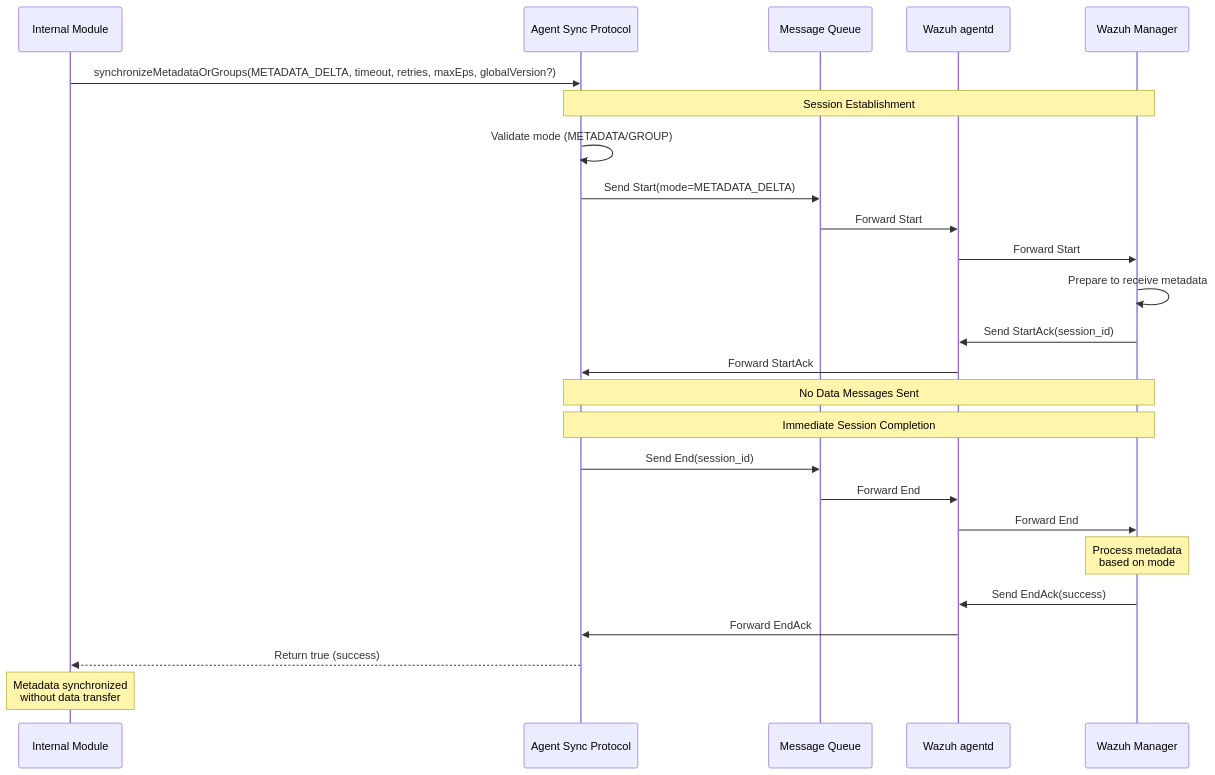
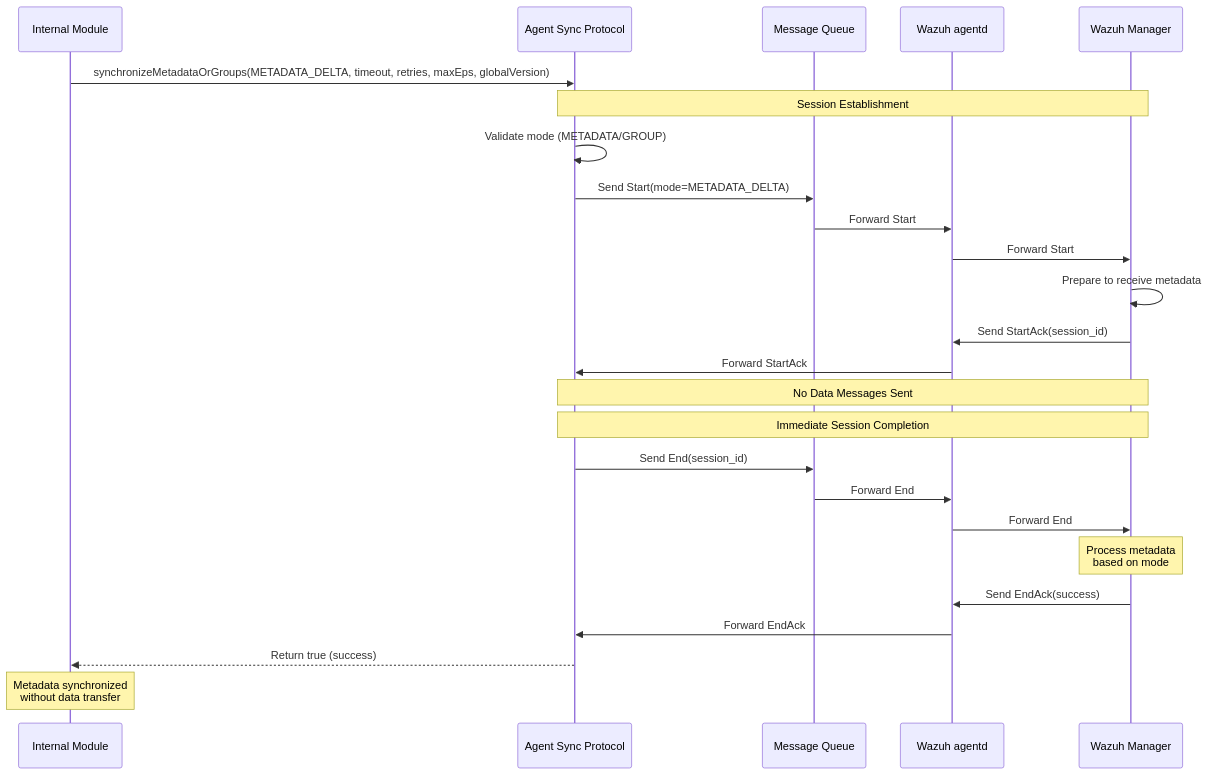
Before and after one commit to wazuh/wazuh: the tenth of 11 diagrams in docs/ref/modules/utils/sync-protocol/sequence-diagrams.md, drawn with Mermaid. The commit also changed 7 other files, not shown here.

Commit message:
feat(agentInfo): use the already defined module names, and also define constants for delay and retries

````diff
--- a/docs/ref/modules/utils/sync-protocol/sequence-diagrams.md
+++ b/docs/ref/modules/utils/sync-protocol/sequence-diagrams.md
@@ -382,35 +382,35 @@
 ```mermaid
 sequenceDiagram
     participant Module as Internal Module
     participant ASP as Agent Sync Protocol
     participant MQ as Message Queue
     participant AD as Wazuh agentd
     participant Manager as Wazuh Manager
 
-    Module->>ASP: synchronizeMetadataOrGroups(METADATA_DELTA, timeout, retries, maxEps, globalVersion?)
+    Module->>ASP: synchronizeMetadataOrGroups(METADATA_DELTA, timeout, retries, maxEps, globalVersion)
 
     Note over ASP,Manager: Session Establishment
     ASP->>ASP: Validate mode (METADATA/GROUP)
     ASP->>MQ: Send Start(mode=METADATA_DELTA)
     MQ->>AD: Forward Start
     AD->>Manager: Forward Start
     Manager->>Manager: Prepare to receive metadata
     Manager->>AD: Send StartAck(session_id)
     AD->>ASP: Forward StartAck
 
     Note over ASP,Manager: No Data Messages Sent
 
     Note over ASP,Manager: Immediate Session Completion
     ASP->>MQ: Send End(session_id)
     MQ->>AD: Forward End
     AD->>Manager: Forward End
 
     Note over Manager: Process metadata<br/>based on mode
 
     Manager->>AD: Send EndAck(success)
     AD->>ASP: Forward EndAck
 
     ASP-->>Module: Return true (success)
 
     Note over Module: Metadata synchronized<br/>without data transfer
 ```
````
